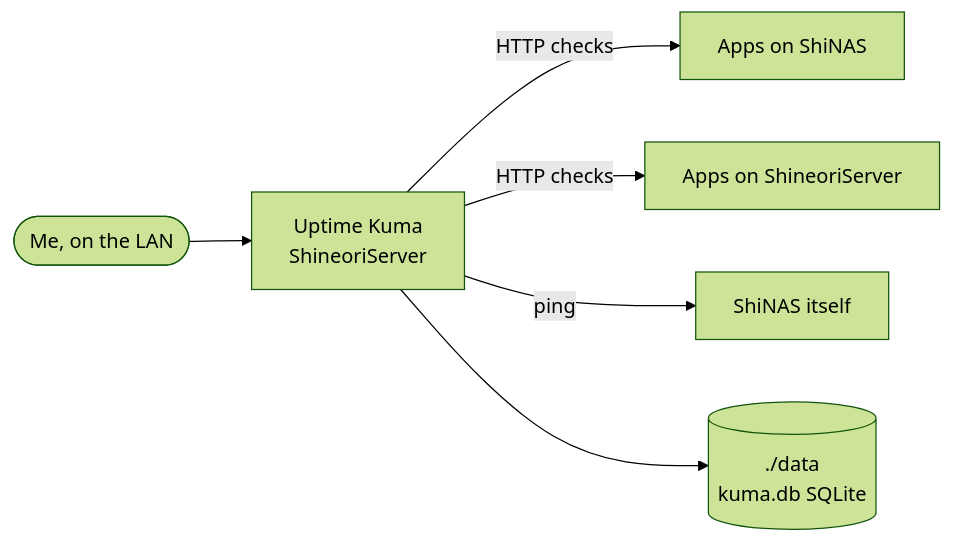
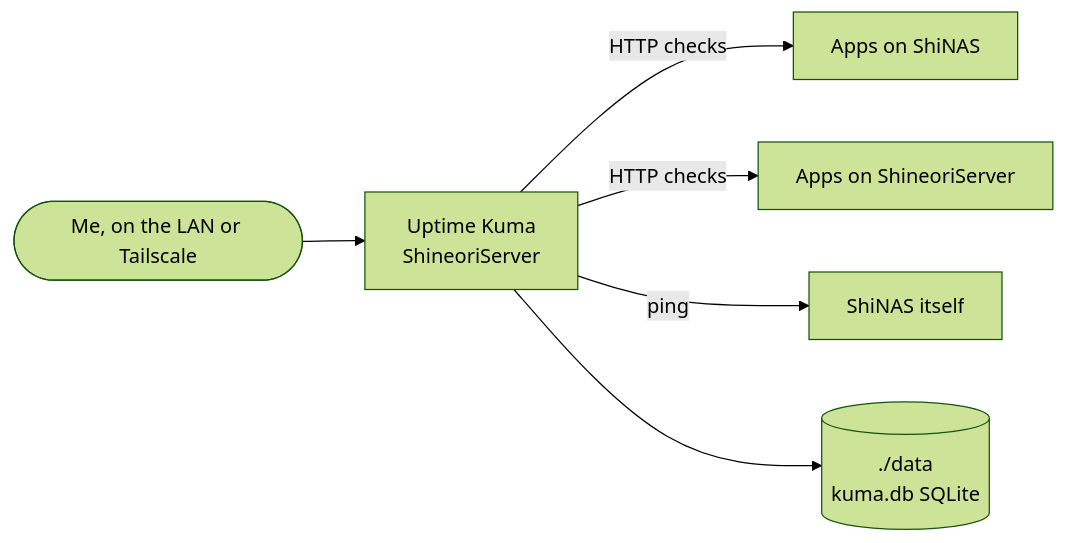
Before and after one commit to Shineori/homelab: the diagram in docs/services/uptime-kuma.md, drawn with Mermaid (forest theme). The commit also changed other lines of this file and 10 other files, not shown here.

````diff
--- a/docs/services/uptime-kuma.md
+++ b/docs/services/uptime-kuma.md
@@ -23,8 +23,8 @@
 ```mermaid
 flowchart LR
-    me([Me, on the LAN]) --> kuma[Uptime Kuma<br/>ShineoriServer]
+    me([Me, on the LAN or Tailscale]) --> kuma[Uptime Kuma<br/>ShineoriServer]
     kuma -- HTTP checks --> nas[Apps on ShiNAS]
     kuma -- HTTP checks --> laptop[Apps on ShineoriServer]
     kuma -- ping --> host[ShiNAS itself]
     kuma --> db[(./data<br/>kuma.db SQLite)]
 ```
````
